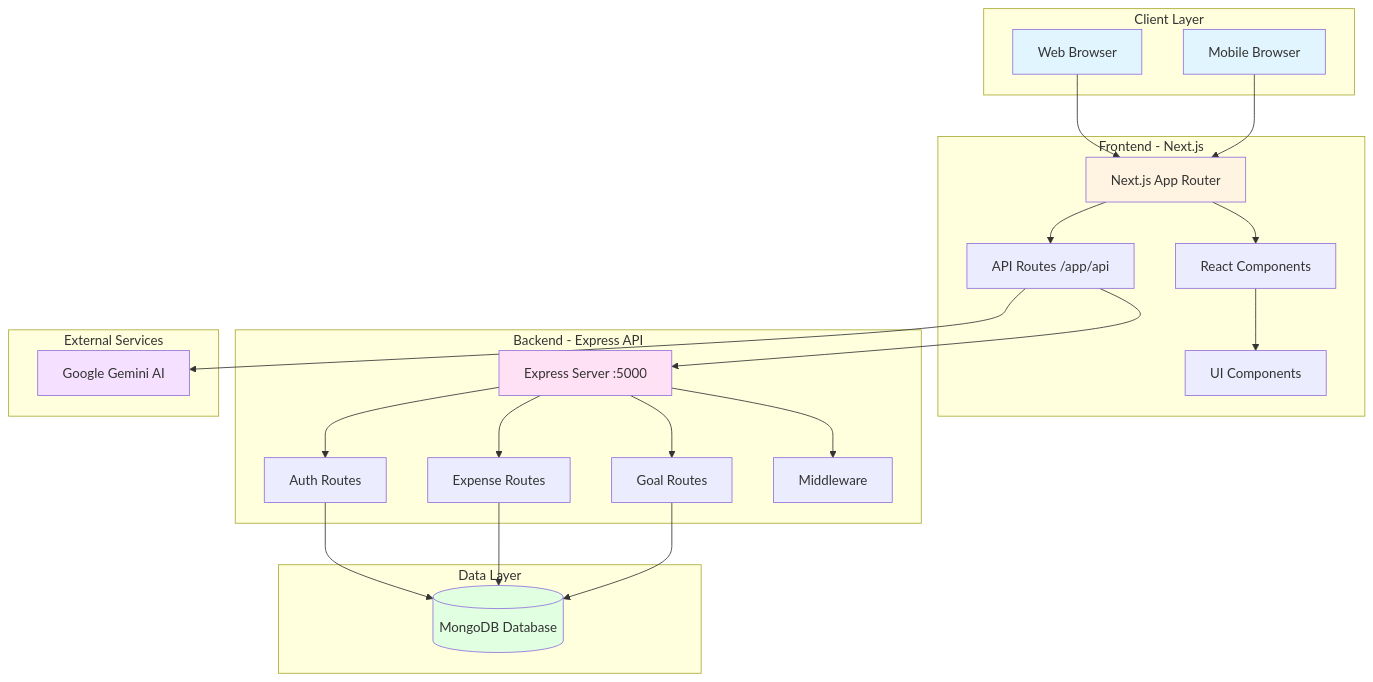
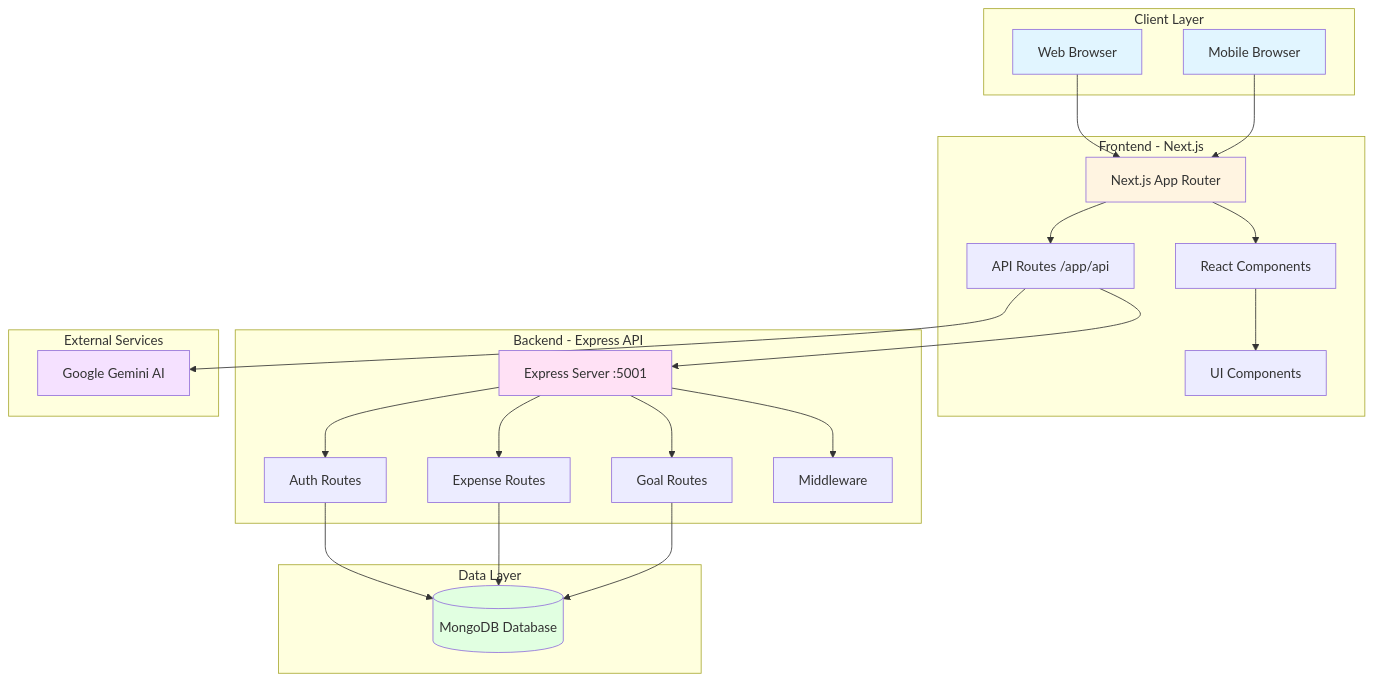
One commit to vistanoop/genAi_receipt changed the first of 5 diagrams in README.md. Above: the diagram before and after it, drawn with Mermaid. The commit also changed other lines of this file and 11 other files, not shown here.

````diff
--- a/README.md
+++ b/README.md
@@ -361,52 +361,52 @@
 ```mermaid
 graph TB
     subgraph "Client Layer"
         A[Web Browser]
         B[Mobile Browser]
     end
     
     subgraph "Frontend - Next.js"
         C[Next.js App Router]
         D[React Components]
         E[API Routes /app/api]
         F[UI Components]
     end
     
     subgraph "Backend - Express API"
-        G[Express Server :5000]
+        G[Express Server :5001]
         H[Auth Routes]
         I[Expense Routes]
         J[Goal Routes]
         K[Middleware]
     end
     
     subgraph "External Services"
         L[Google Gemini AI]
     end
     
     subgraph "Data Layer"
         M[(MongoDB Database)]
     end
     
     A --> C
     B --> C
     C --> D
     C --> E
     D --> F
     E --> G
     G --> H
     G --> I
     G --> J
     G --> K
     H --> M
     I --> M
     J --> M
     E --> L
     
     style A fill:#e1f5ff
     style B fill:#e1f5ff
     style C fill:#fff4e1
     style G fill:#ffe1f5
     style M fill:#e1ffe1
     style L fill:#f5e1ff
 ```
````
